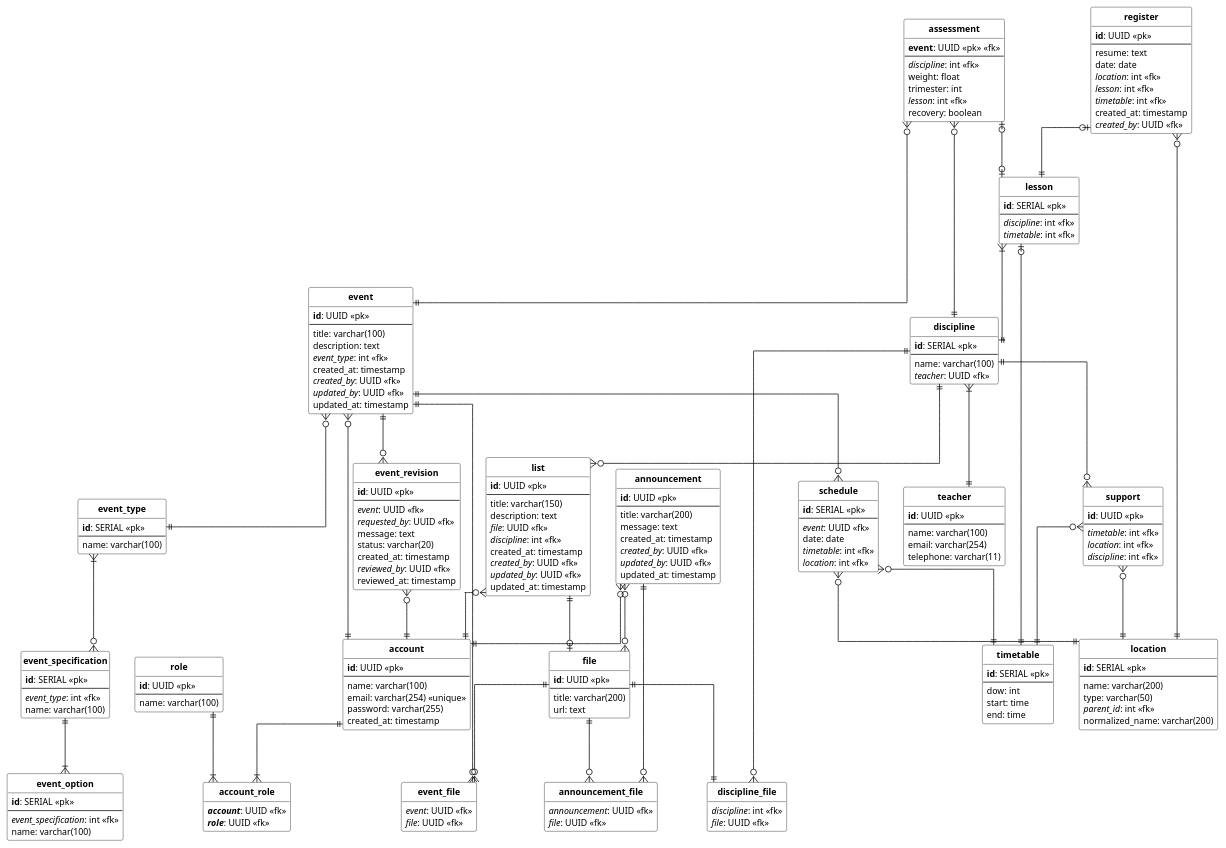
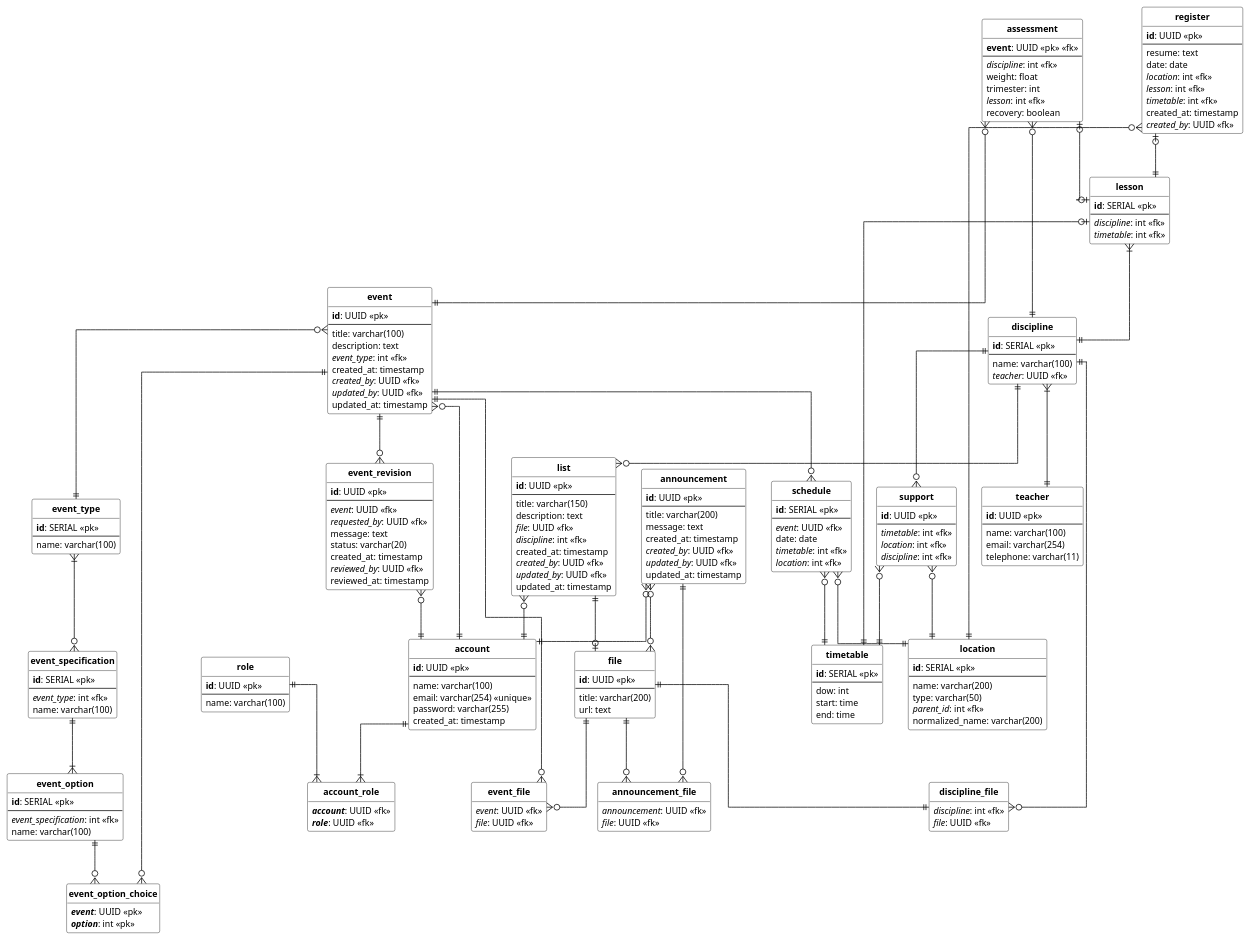
The diagram in database/modeling.plantuml (brunofagundesdev/PlantaLendario), drawn with PlantUML before and after one commit. The commit also changed 12 other files, not shown here.

Commit message:
feat: tabela event_option_choice criada

```diff
--- a/database/modeling.plantuml
+++ b/database/modeling.plantuml
@@ -81,6 +81,11 @@
   <i>created_by</i>: UUID <<fk>>
   <i>updated_by</i>: UUID <<fk>>
   updated_at: timestamp
+}
+
+entity event_option_choice{
+  <i>**event**</i>: UUID <<pk>>
+  <i>**option**</i>: int <<pk>>
 }
 
 entity event_revision {
@@ -249,4 +254,7 @@
 
 event_revision }o--|| account
 
+event ||--o{ event_option_choice
+event_option ||--o{ event_option_choice
+
 @enduml
```
